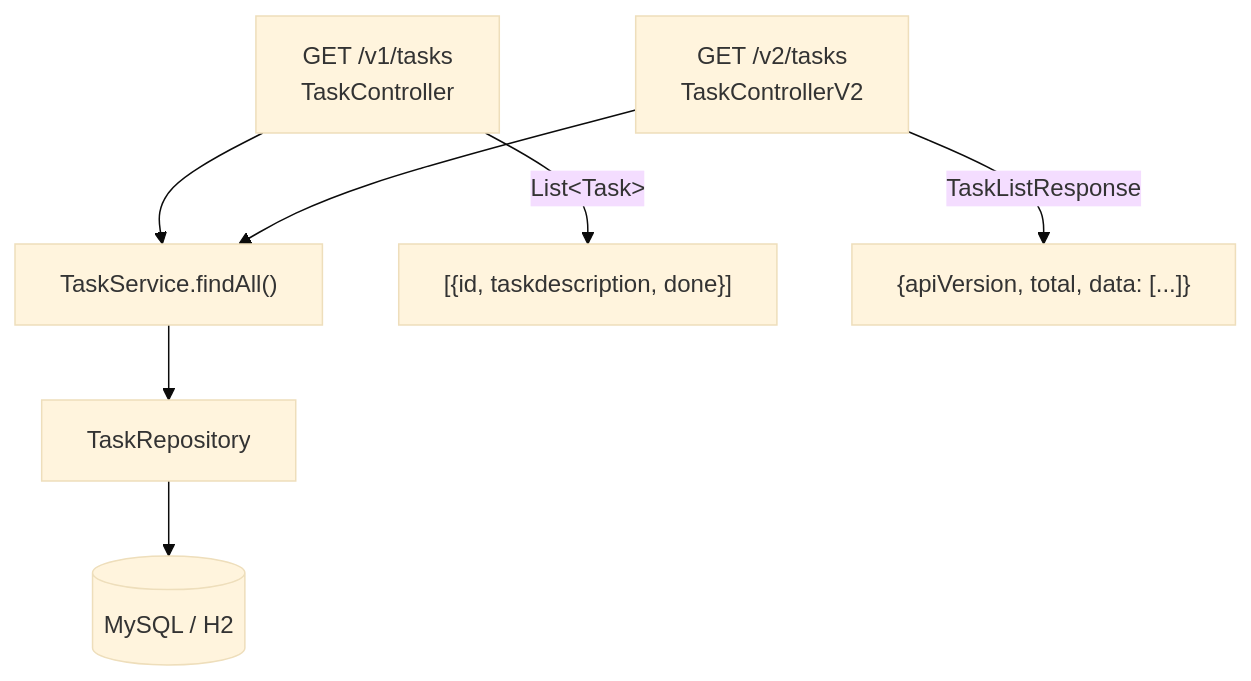
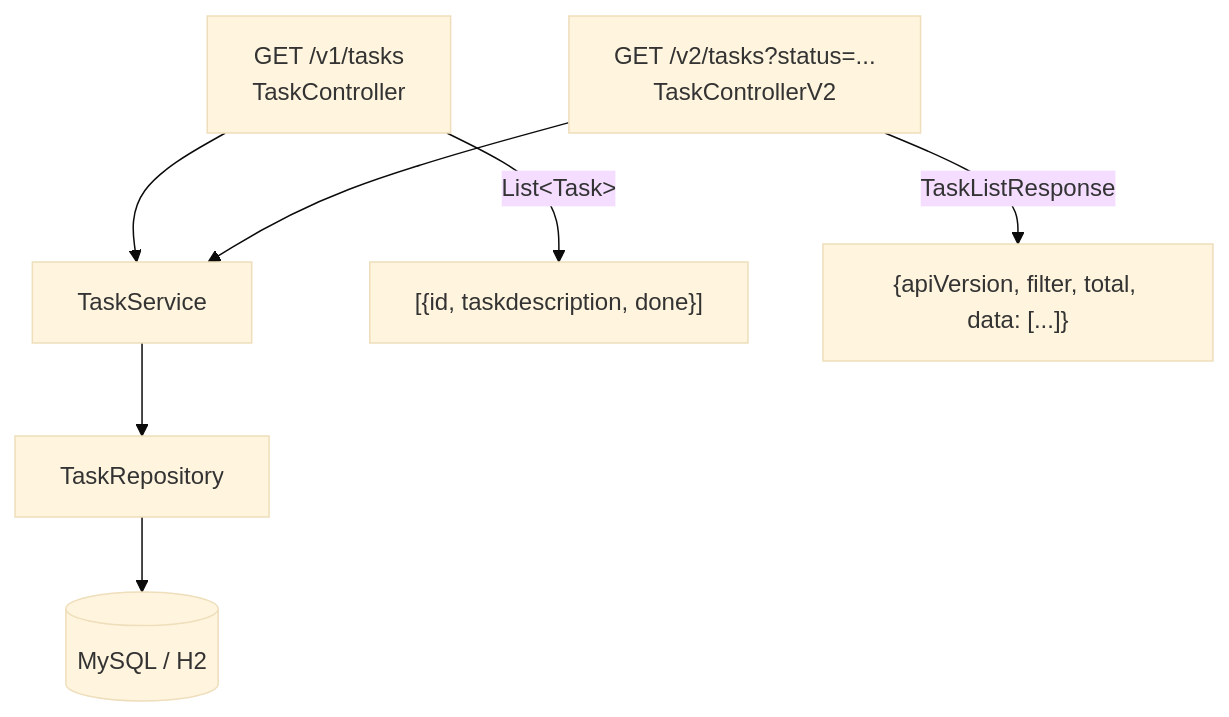
The second of 2 diagrams in backend/docs/Versionierung/versionierung.md (DerDexBot/Modul_324_DevOps), drawn with Mermaid (base theme) before and after one commit. The commit also changed other lines of this file and 6 other files, not shown here.

First line of the commit message:
feat(api): serverseitigen Status-Filter in V2 hinzufuegen

````diff
--- a/backend/docs/Versionierung/versionierung.md
+++ b/backend/docs/Versionierung/versionierung.md
@@ -233,10 +233,10 @@
 ```mermaid
 flowchart TD
     V1["GET /v1/tasks\nTaskController"] --> SVC
-    V2["GET /v2/tasks\nTaskControllerV2"] --> SVC
-    SVC["TaskService.findAll()"] --> REPO["TaskRepository"]
+    V2["GET /v2/tasks?status=...\nTaskControllerV2"] --> SVC
+    SVC["TaskService"] --> REPO["TaskRepository"]
     REPO --> DB[("MySQL / H2")]
 
     V1 -- "List&lt;Task&gt;" --> R1["[{id, taskdescription, done}]"]
-    V2 -- "TaskListResponse" --> R2["{apiVersion, total, data: [...]}"]
+    V2 -- "TaskListResponse" --> R2["{apiVersion, filter, total, data: [...]}"]
 ```
````
